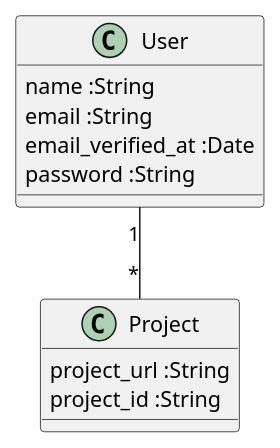
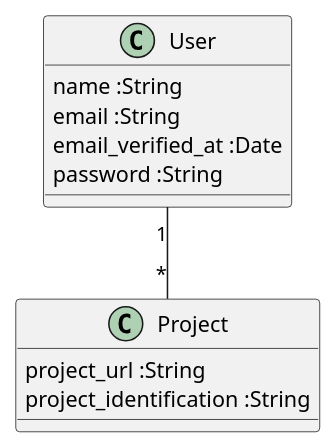
The diagram in docs/diagram/erd.puml (propromo-software/propromo.php), drawn with PlantUML before and after one commit. The commit also changed 3 other files, not shown here.

```diff
--- a/docs/diagram/erd.puml
+++ b/docs/diagram/erd.puml
@@ -1,16 +1,16 @@
 @startuml
 class User {
     name :String
     email :String
     email_verified_at :Date
     password :String
 }
 
 class Project {
     project_url :String
-    project_id :String
+    project_identification :String
 
 }
 
 User "1" -- "*" Project
 @enduml
```
